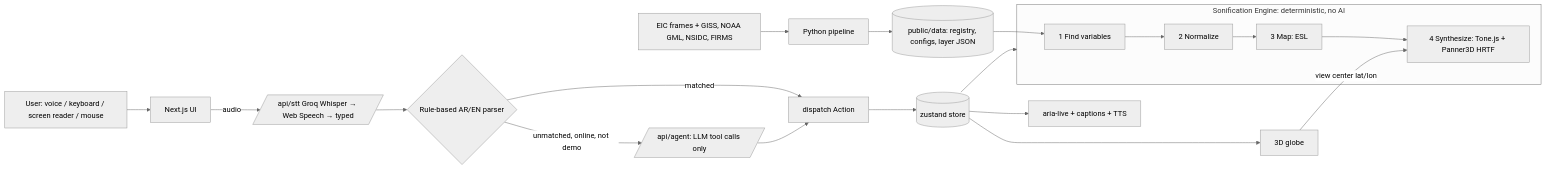
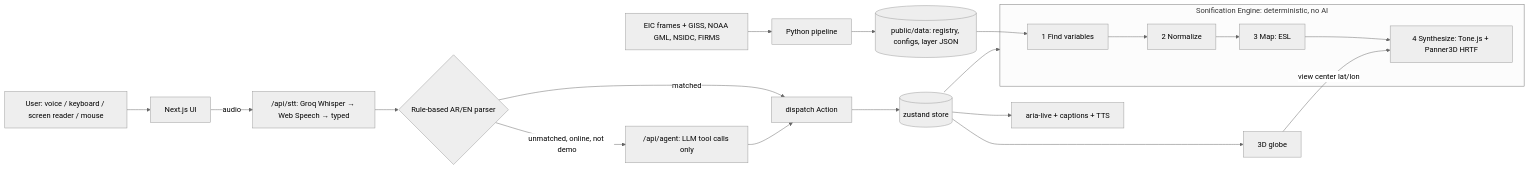
One commit to HassenTMLCSSJS/earth-listens changed the diagram in docs/ARCHITECTURE.md. Above: the diagram before and after it, drawn with Mermaid (neutral theme). The commit also changed 3 other files, not shown here.

````diff
--- a/docs/ARCHITECTURE.md
+++ b/docs/ARCHITECTURE.md
@@ -5,20 +5,20 @@
 ```mermaid
 flowchart LR
-  NASA[EIC frames + GISS, NOAA GML, NSIDC, FIRMS] --> PIPE[Python pipeline]
-  PIPE --> DATA[(public/data: registry, configs, layer JSON)]
-  subgraph ENGINE[Sonification Engine: deterministic, no AI]
-    VD[1 Find variables] --> NO[2 Normalize] --> MAP[3 Map: ESL] --> GEN[4 Synthesize: Tone.js + Panner3D HRTF]
+  NASA["EIC frames + GISS, NOAA GML, NSIDC, FIRMS"] --> PIPE[Python pipeline]
+  PIPE --> DATA[("public/data: registry, configs, layer JSON")]
+  subgraph ENGINE["Sonification Engine: deterministic, no AI"]
+    VD["1 Find variables"] --> NO["2 Normalize"] --> MAP["3 Map: ESL"] --> GEN["4 Synthesize: Tone.js + Panner3D HRTF"]
   end
   DATA --> VD
-  U[User: voice / keyboard / screen reader / mouse] --> FE[Next.js UI]
-  FE -->|audio| STT[/api/stt Groq Whisper → Web Speech → typed/]
-  STT --> R{Rule-based AR/EN parser}
+  U["User: voice / keyboard / screen reader / mouse"] --> FE["Next.js UI"]
+  FE -->|audio| STT["/api/stt: Groq Whisper → Web Speech → typed"]
+  STT --> R{"Rule-based AR/EN parser"}
   R -->|matched| ACT[dispatch Action]
-  R -->|unmatched, online, not demo| AG[/api/agent: LLM tool calls only/]
+  R -->|"unmatched, online, not demo"| AG["/api/agent: LLM tool calls only"]
   AG --> ACT
-  ACT --> STORE[(zustand store)]
+  ACT --> STORE[("zustand store")]
   STORE --> ENGINE
   STORE --> GL[3D globe]
-  GL -->|view center lat/lon| GEN
-  STORE --> LIVE[aria-live + captions + TTS]
+  GL -->|"view center lat/lon"| GEN
+  STORE --> LIVE["aria-live + captions + TTS"]
 ```
````
